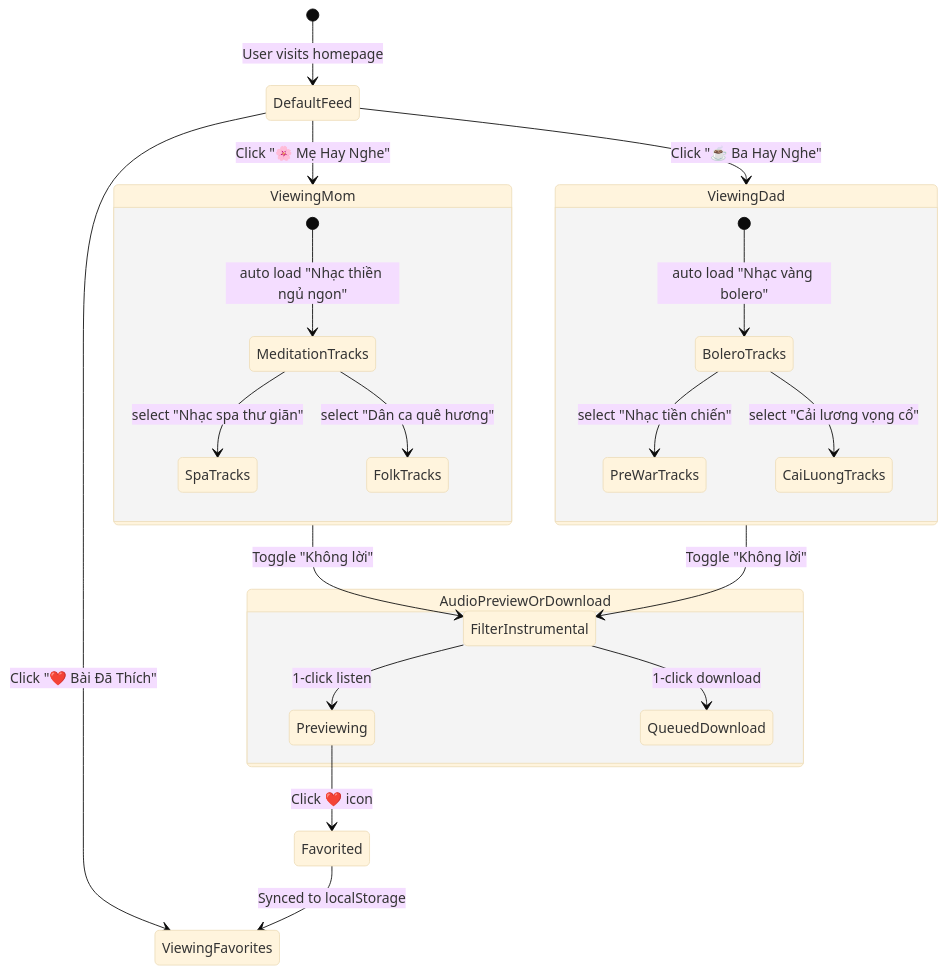
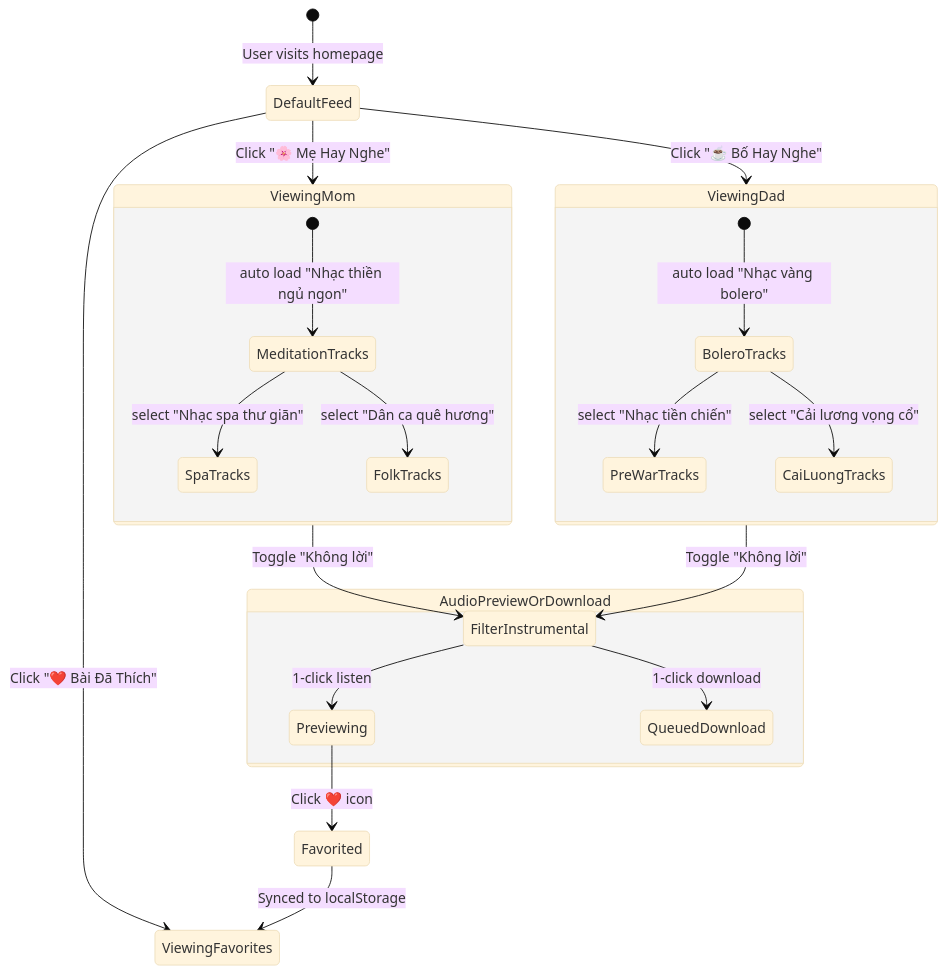
One commit to tamld/tuneflow changed the diagram in docs/fsm/FSM-Phase4-Curation-Interaction.md. Above: the diagram before and after it, drawn with Mermaid (base theme). The commit also changed 3 other files, not shown here.

Commit message:
docs(persona): harmonize Bo and Me terminology and align roadmap phase statuses

````diff
--- a/docs/fsm/FSM-Phase4-Curation-Interaction.md
+++ b/docs/fsm/FSM-Phase4-Curation-Interaction.md
@@ -3,30 +3,30 @@
 ```mermaid
 stateDiagram-v2
     [*] --> DefaultFeed: User visits homepage
     DefaultFeed --> ViewingMom: Click "🌸 Mẹ Hay Nghe"
-    DefaultFeed --> ViewingDad: Click "☕ Ba Hay Nghe"
+    DefaultFeed --> ViewingDad: Click "☕ Bố Hay Nghe"
     DefaultFeed --> ViewingFavorites: Click "❤️ Bài Đã Thích"
     
     state ViewingMom {
         [*] --> MeditationTracks: auto load "Nhạc thiền ngủ ngon"
         MeditationTracks --> SpaTracks: select "Nhạc spa thư giãn"
         MeditationTracks --> FolkTracks: select "Dân ca quê hương"
     }
     
     state ViewingDad {
         [*] --> BoleroTracks: auto load "Nhạc vàng bolero"
         BoleroTracks --> PreWarTracks: select "Nhạc tiền chiến"
         BoleroTracks --> CaiLuongTracks: select "Cải lương vọng cổ"
     }
     
     ViewingMom --> FilterInstrumental: Toggle "Không lời"
     ViewingDad --> FilterInstrumental: Toggle "Không lời"
     
     state AudioPreviewOrDownload {
         FilterInstrumental --> Previewing: 1-click listen
         FilterInstrumental --> QueuedDownload: 1-click download
     }
     
     Previewing --> Favorited: Click ❤️ icon
     Favorited --> ViewingFavorites: Synced to localStorage
 ```
````
